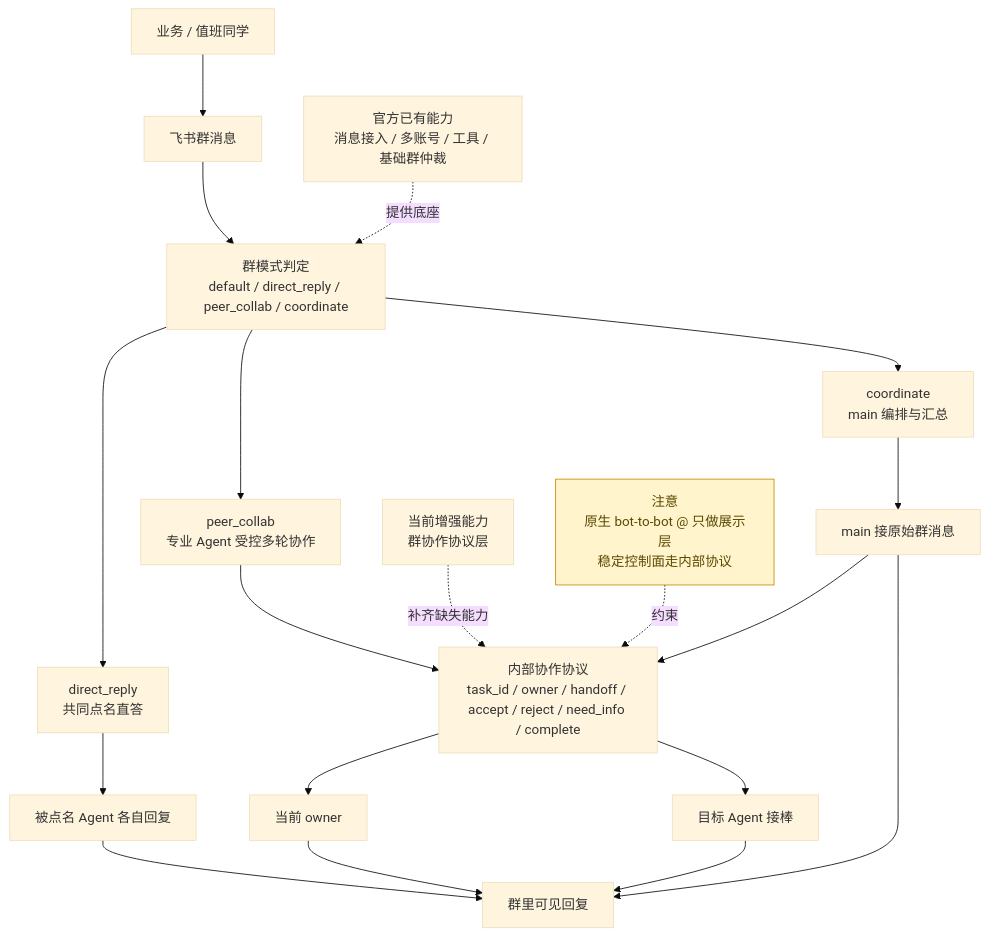
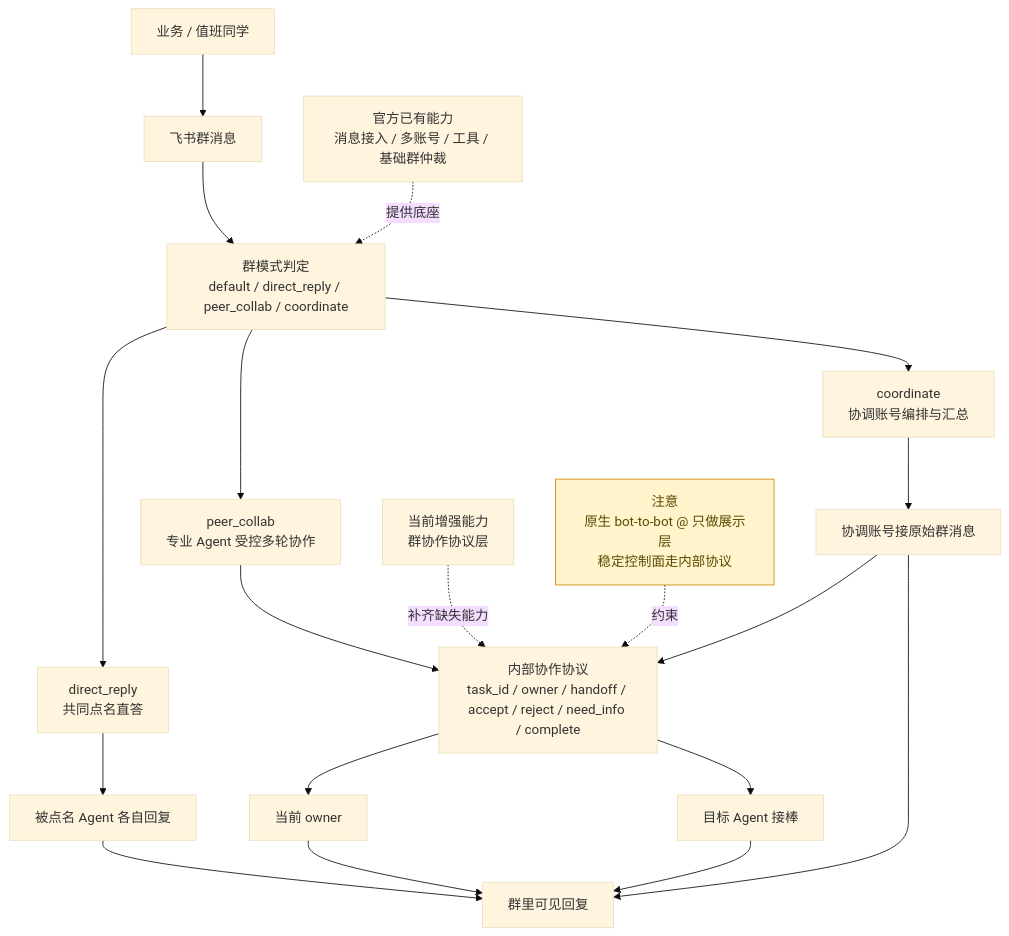
One commit to jlon/openclaw-feishu-plugin changed the first of 2 diagrams in README.md. Above: the diagram before and after it, drawn with Mermaid (base theme). The commit also changed other lines of this file and 16 other files, not shown here.

````diff
--- a/README.md
+++ b/README.md
@@ -78,31 +80,31 @@
 ```mermaid
 flowchart TD
     U["业务 / 值班同学"] --> G["飞书群消息"]
     G --> R["群模式判定<br/>default / direct_reply / peer_collab / coordinate"]
 
     R --> D["direct_reply<br/>共同点名直答"]
     R --> P["peer_collab<br/>专业 Agent 受控多轮协作"]
-    R --> C["coordinate<br/>main 编排与汇总"]
+    R --> C["coordinate<br/>协调账号编排与汇总"]
 
     D --> A1["被点名 Agent 各自回复"]
 
     P --> H["内部协作协议<br/>task_id / owner / handoff / accept / reject / need_info / complete"]
     H --> A2["当前 owner"]
     H --> A3["目标 Agent 接棒"]
 
-    C --> M["main 接原始群消息"]
+    C --> M["协调账号接原始群消息"]
     M --> H
 
     A1 --> V["群里可见回复"]
     A2 --> V
     A3 --> V
     M --> V
 
     T["官方已有能力<br/>消息接入 / 多账号 / 工具 / 基础群仲裁"] -."提供底座".-> R
     X["当前增强能力<br/>群协作协议层"] -."补齐缺失能力".-> H
 
     N["注意<br/>原生 bot-to-bot @ 只做展示层<br/>稳定控制面走内部协议"]:::note
     N -."约束".-> H
 
     classDef note fill:#FFF4CC,stroke:#C98A00,color:#5B4A00;
 ```
````
